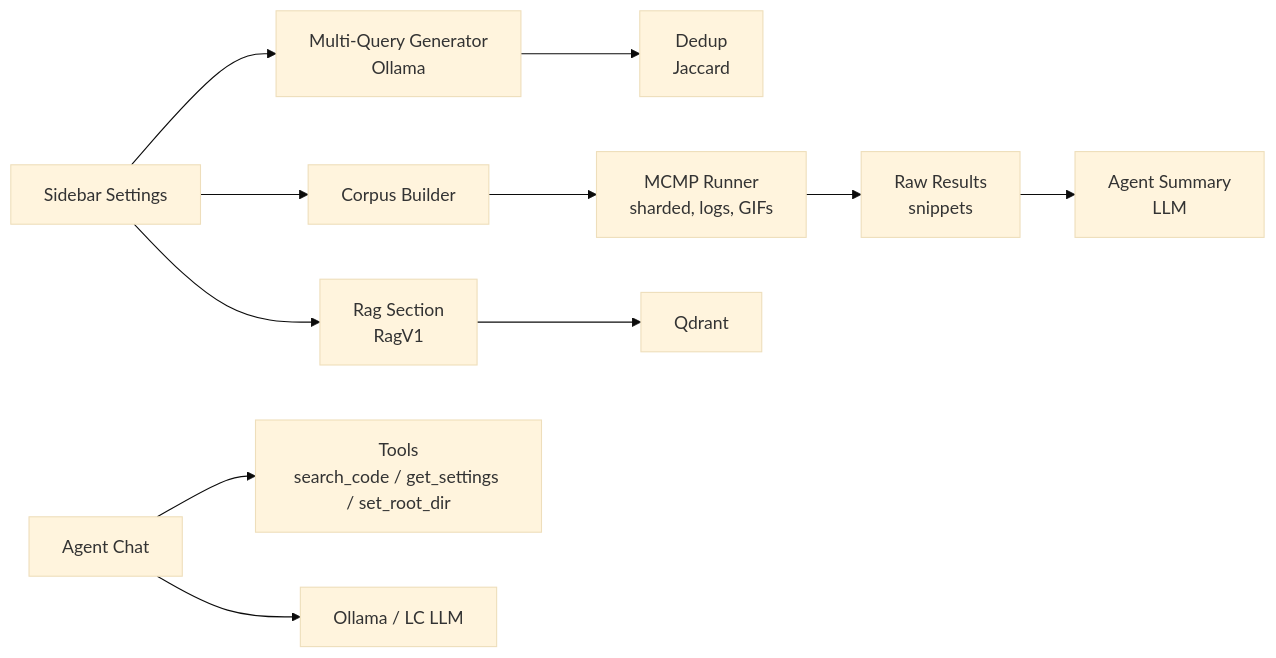
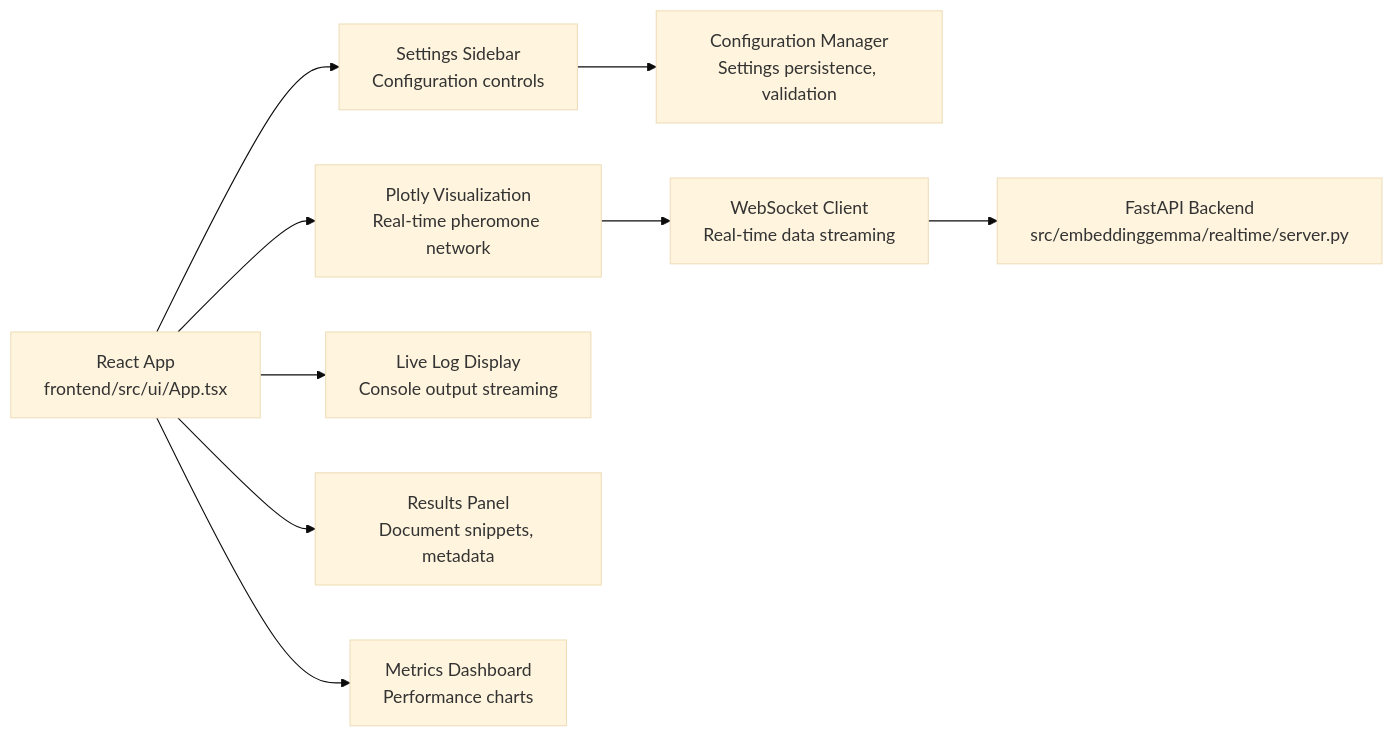
One commit to Flissel/la_fungus_search changed the third of 4 diagrams in docs/ARCHITECTURE.md. Above: the diagram before and after it, drawn with Mermaid (base theme). The commit also changed other lines of this file and 5 other files, not shown here.

Commit message:
Refactor: Update architecture, docs, and config for React frontend

````diff
--- a/docs/ARCHITECTURE.md
+++ b/docs/ARCHITECTURE.md
@@ -58,13 +66,12 @@
 ```mermaid
 graph LR
-  Settings[Sidebar Settings] --> Corpus[Corpus Builder]
-  Settings --> MQ[Multi-Query Generator<br/>Ollama]
-  MQ --> Dedup[Dedup<br/>Jaccard]
-  Corpus --> Runner[MCMP Runner<br/>sharded, logs, GIFs]
-  Runner --> Raw[Raw Results<br/>snippets]
-  Raw --> Summary[Agent Summary<br/>LLM]
-  Settings --> Rag[Rag Section<br/>RagV1]
-  Rag --> Qdrant[Qdrant]
-  Chat[Agent Chat] --> Tools[Tools<br/>search_code / get_settings / set_root_dir]
-  Chat --> LLM[Ollama / LC LLM]
+  App[React App<br/>frontend/src/ui/App.tsx] --> Sidebar[Settings Sidebar<br/>Configuration controls]
+  App --> Plot[Plotly Visualization<br/>Real-time pheromone network]
+  App --> Log[Live Log Display<br/>Console output streaming]
+  App --> Results[Results Panel<br/>Document snippets, metadata]
+  App --> Metrics[Metrics Dashboard<br/>Performance charts]
+
+  Sidebar --> Config[Configuration Manager<br/>Settings persistence, validation]
+  Plot --> WS[WebSocket Client<br/>Real-time data streaming]
+  WS --> Backend[FastAPI Backend<br/>src/embeddinggemma/realtime/server.py]
 ```
````
